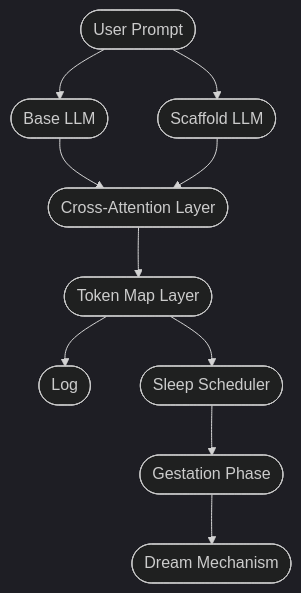
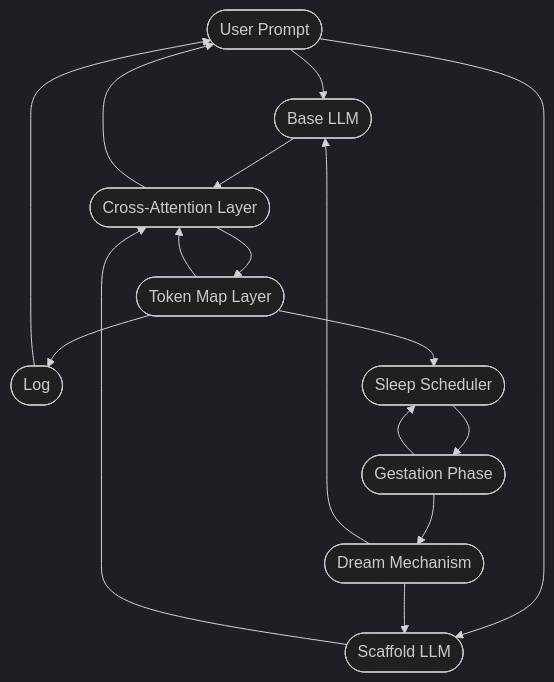
The diagram in structure.mmd (oppolla/dual-model-dynamic-scaffold), drawn with Mermaid (dark theme) before and after one commit.

```diff
--- a/structure.mmd
+++ b/structure.mmd
@@ -1,10 +1,18 @@
 flowchart TD
     UserPrompt([User Prompt]) --> BaseLLM([Base LLM])
     UserPrompt --> ScaffoldLLM([Scaffold LLM])
     BaseLLM --> CrossAttention([Cross-Attention Layer])
     ScaffoldLLM --> CrossAttention
     CrossAttention --> TokenMap([Token Map Layer])
     TokenMap --> Log([Log])
     TokenMap --> SleepScheduler([Sleep Scheduler])
     SleepScheduler --> Gestation([Gestation Phase])
     Gestation --> Dreaming([Dream Mechanism])
+
+    %% Feedback Paths
+    Log --> UserPrompt
+    Dreaming --> BaseLLM
+    Dreaming --> ScaffoldLLM
+    Gestation --> SleepScheduler
+    TokenMap --> CrossAttention
+    CrossAttention --> UserPrompt
```
